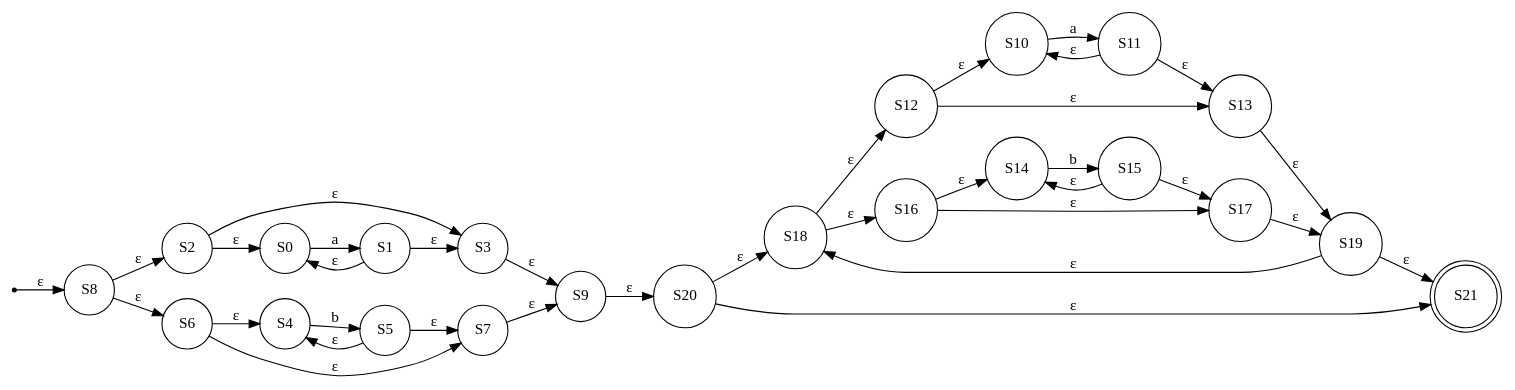
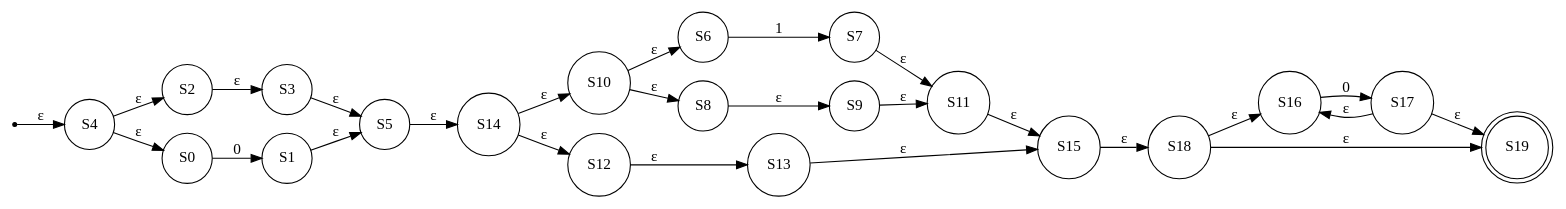
One commit to DiggsPapu/TeoriaComputacion changed the diagram in Graphs/AFN/afn5.dot. Above: the diagram before and after it, drawn with Graphviz. The commit also changed 20 other files, not shown here.

```diff
--- a/Graphs/AFN/afn5.dot
+++ b/Graphs/AFN/afn5.dot
@@ -1,60 +1,49 @@
 digraph AFN{
 node [shape=circle];
 rankdir=LR;
 init [label="", shape=point];
 S1 [label="S1"];
 S2 [label="S2"];
 S3 [label="S3"];
 S4 [label="S4"];
 S5 [label="S5"];
 S6 [label="S6"];
 S7 [label="S7"];
 S8 [label="S8"];
 S9 [label="S9"];
 S10 [label="S10"];
 S11 [label="S11"];
 S12 [label="S12"];
 S13 [label="S13"];
 S14 [label="S14"];
 S15 [label="S15"];
 S16 [label="S16"];
 S17 [label="S17"];
 S18 [label="S18"];
-S19 [label="S19"];
-S20 [label="S20"];
-S21[shape=doublecircle] [label="S21"];
-S0->S1[label="a"];
-S1->S0[label="ε"];
-S1->S3[label="ε"];
+S19[shape=doublecircle] [label="S19"];
+S0->S1[label="0"];
+S1->S5[label="ε"];
 S2->S3[label="ε"];
-S2->S0[label="ε"];
-S3->S9[label="ε"];
-S4->S5[label="b"];
-S5->S4[label="ε"];
-S5->S7[label="ε"];
-S6->S7[label="ε"];
-S6->S4[label="ε"];
-S7->S9[label="ε"];
-init->S8[label="ε"];
-S8->S2[label="ε"];
-S8->S6[label="ε"];
-S9->S20[label="ε"];
-S10->S11[label="a"];
-S11->S10[label="ε"];
-S11->S13[label="ε"];
+S3->S5[label="ε"];
+init->S4[label="ε"];
+S4->S0[label="ε"];
+S4->S2[label="ε"];
+S5->S14[label="ε"];
+S6->S7[label="1"];
+S7->S11[label="ε"];
+S8->S9[label="ε"];
+S9->S11[label="ε"];
+S10->S6[label="ε"];
+S10->S8[label="ε"];
+S11->S15[label="ε"];
 S12->S13[label="ε"];
-S12->S10[label="ε"];
-S13->S19[label="ε"];
-S14->S15[label="b"];
-S15->S14[label="ε"];
-S15->S17[label="ε"];
-S16->S17[label="ε"];
-S16->S14[label="ε"];
+S13->S15[label="ε"];
+S14->S10[label="ε"];
+S14->S12[label="ε"];
+S15->S18[label="ε"];
+S16->S17[label="0"];
+S17->S16[label="ε"];
 S17->S19[label="ε"];
-S18->S12[label="ε"];
+S18->S19[label="ε"];
 S18->S16[label="ε"];
-S19->S18[label="ε"];
-S19->S21[label="ε"];
-S20->S21[label="ε"];
-S20->S18[label="ε"];
 }
```
